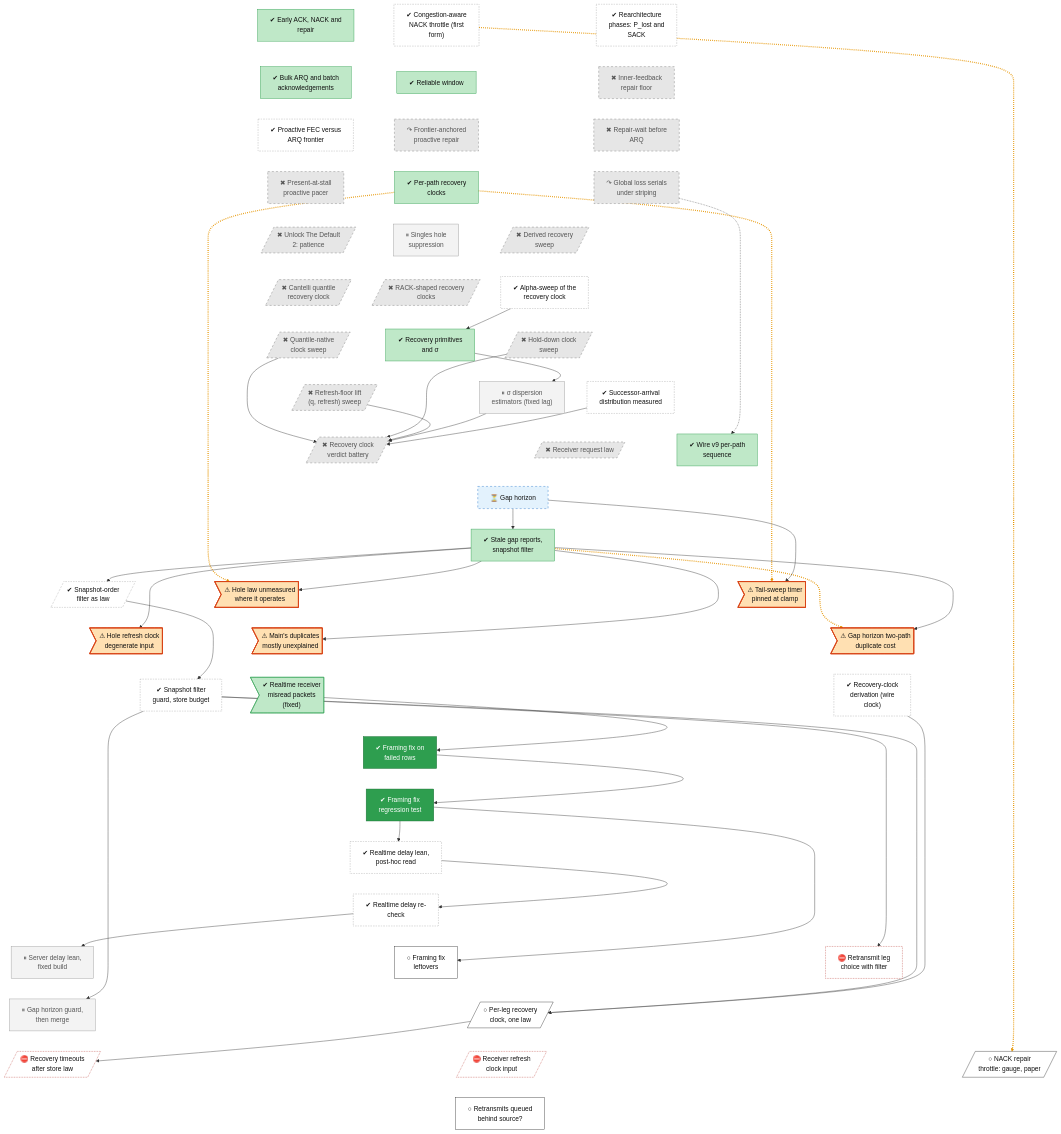
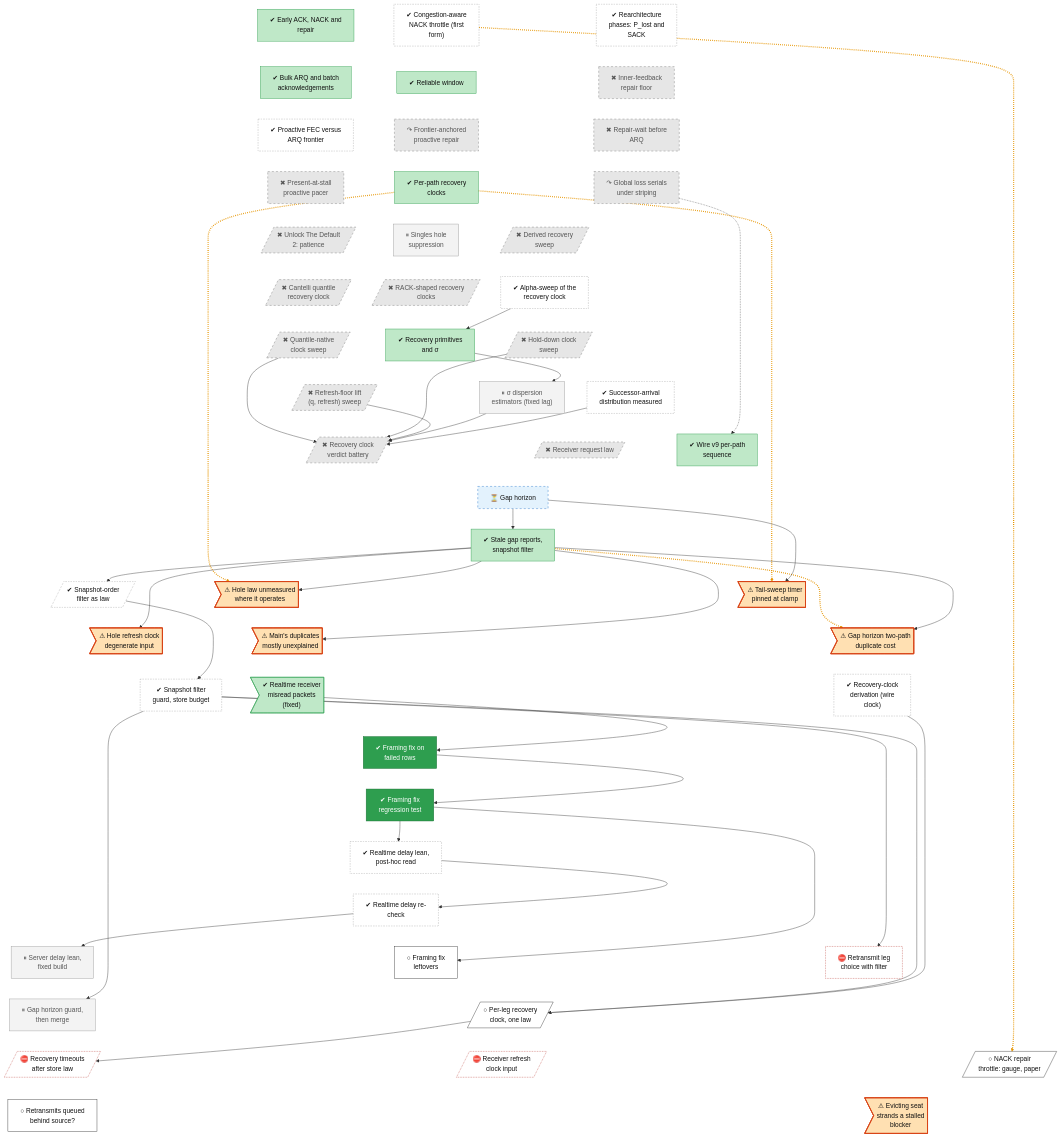
Before and after one commit to lhns/raptorpath: the diagram in docs/roadmap/tracks/rec.md, drawn with Mermaid. The commit also changed other lines of this file and 4 other files, not shown here.

Commit message:
status: S06 deletion review (ADR-0079 Amendment 1 proposed; no delivery difference measured, 30 v 30) and the evicting-seat stalled-blocker defect on main; roadmap node rec-evict-blocker-unresolved

```diff
--- a/docs/roadmap/tracks/rec.md
+++ b/docs/roadmap/tracks/rec.md
@@ -60,6 +60,7 @@
     rec_fix_refresh_clock[/"⛔ Receiver refresh<br/>clock input"/]
     rec_fix_nack_throttle[/"○ NACK repair<br/>throttle: gauge, paper"/]
     rec_retx_behind_source["○ Retransmits queued<br/>behind source?"]
+    rec_evict_blocker_unresolved>"⚠ Evicting seat<br/>strands a stalled<br/>blocker"]
     rec_early_arq ~~~ rec_bulk_arq
     rec_nack_congestion ~~~ rec_reliable_window
     rec_plost_sack ~~~ rec_p10a_repair_floor
@@ -113,8 +114,8 @@
     rec_fix_perleg_clock_n1 ~~~ rec_fix_refresh_clock
     rec_fix_perleg_clock_n1 ~~~ rec_fix_nack_throttle
     rec_recovery_timeouts ~~~ rec_retx_behind_source
-    rec_fix_refresh_clock ~~~ rec_retx_behind_source
-    rec_fix_nack_throttle ~~~ rec_retx_behind_source
+    rec_fix_refresh_clock ~~~ rec_evict_blocker_unresolved
+    rec_fix_nack_throttle ~~~ rec_evict_blocker_unresolved
     rec_nack_congestion -.-> rec_fix_nack_throttle
     rec_per_path_clocks -.-> rec_defect_qclk_clamp
     rec_per_path_clocks -.-> rec_defect_hole_law
@@ -165,7 +166,7 @@
     class rec_p10a_repair_floor,rec_inline_repair,rec_proactive_repair,rec_present_at_stall,rec_mp_serial,rec_patience_derived,rec_clock_candidates,rec_rack_clocks,rec_cantelli_clock,rec_qnative_clock,rec_holddown_clock,rec_refresh_floor,rec_goal101,rec_receiver_law dead
     class rec_recov_sp,rec_dispersion_est,rec_realtime_srv_lag_lean,rec_leverb_guard parked
     class rec_gap_horizon waiting
-    class rec_defect_qclk_clamp,rec_defect_hole_law,rec_defect_refresh_input,rec_leverb_c1d_cost,rec_defect_base_duplicates defect
+    class rec_defect_qclk_clamp,rec_defect_hole_law,rec_defect_refresh_input,rec_leverb_c1d_cost,rec_defect_base_duplicates,rec_evict_blocker_unresolved defect
     class rec_s63_f2_first_contact,rec_f2_merge_guard vsucc
     class rec_framing_followups,rec_fix_perleg_clock_n1,rec_fix_nack_throttle,rec_retx_behind_source next
     class rec_w0_leg_question,rec_recovery_timeouts,rec_fix_refresh_clock blocked
```
